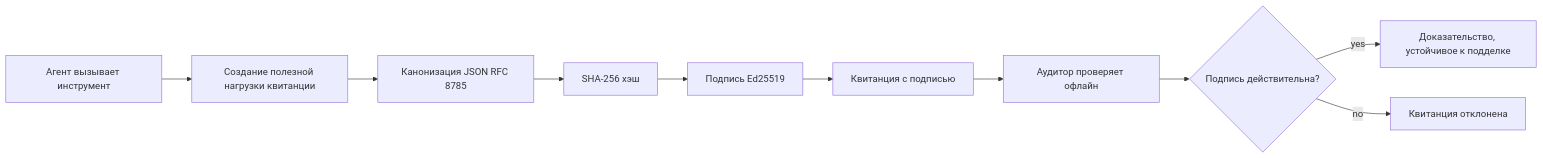
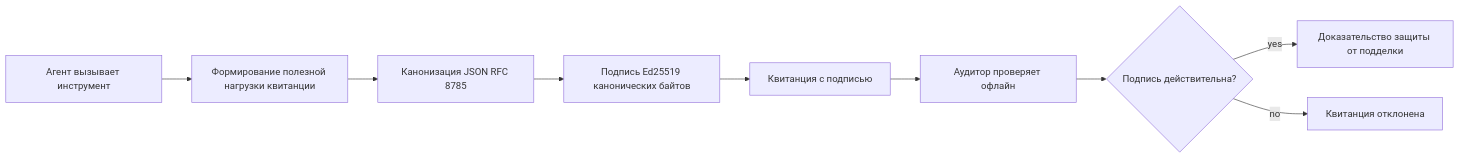
One commit to gabrielmoreira/agent-skills-mirror changed the first of 2 diagrams in mirrors/repos/microsoft@ai-agents-for-beginners/translations/ru/18-securing-ai-agents/README.md. Above: the diagram before and after it, drawn with Mermaid. The commit also changed other lines of this file and 4262 other files, not shown here.

````diff
--- a/mirrors/repos/microsoft@ai-agents-for-beginners/translations/ru/18-securing-ai-agents/README.md
+++ b/mirrors/repos/microsoft@ai-agents-for-beginners/translations/ru/18-securing-ai-agents/README.md
@@ -51,12 +51,11 @@
 ```mermaid
 flowchart LR
-    A[Агент вызывает инструмент] --> B[Создание полезной нагрузки квитанции]
+    A[Агент вызывает инструмент] --> B[Формирование полезной нагрузки квитанции]
     B --> C[Канонизация JSON RFC 8785]
-    C --> D[SHA-256 хэш]
-    D --> E[Подпись Ed25519]
+    C --> E[Подпись Ed25519 канонических байтов]
     E --> F[Квитанция с подписью]
     F --> G[Аудитор проверяет офлайн]
     G --> H{Подпись действительна?}
-    H -- yes --> I[Доказательство, устойчивое к подделке]
+    H -- yes --> I[Доказательство защиты от подделки]
     H -- no --> J[Квитанция отклонена]
 ```
````
